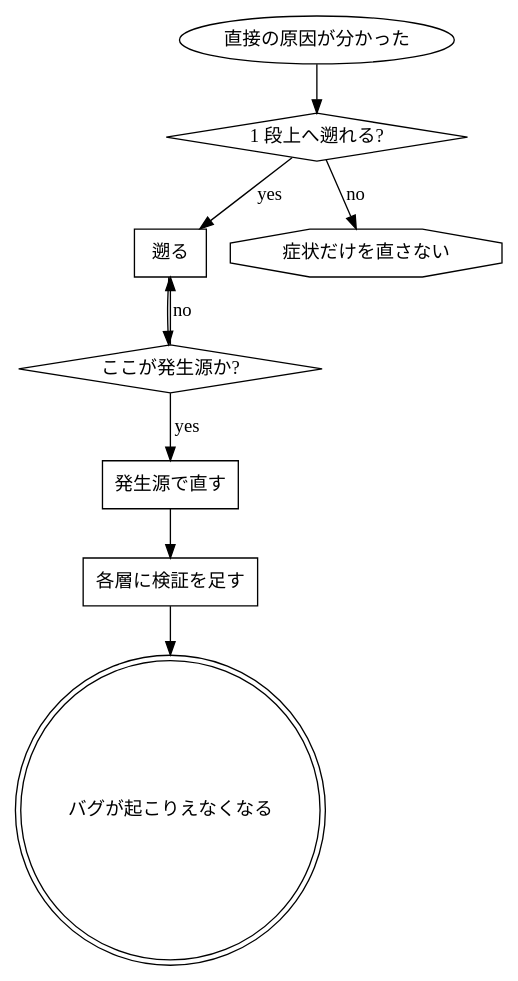
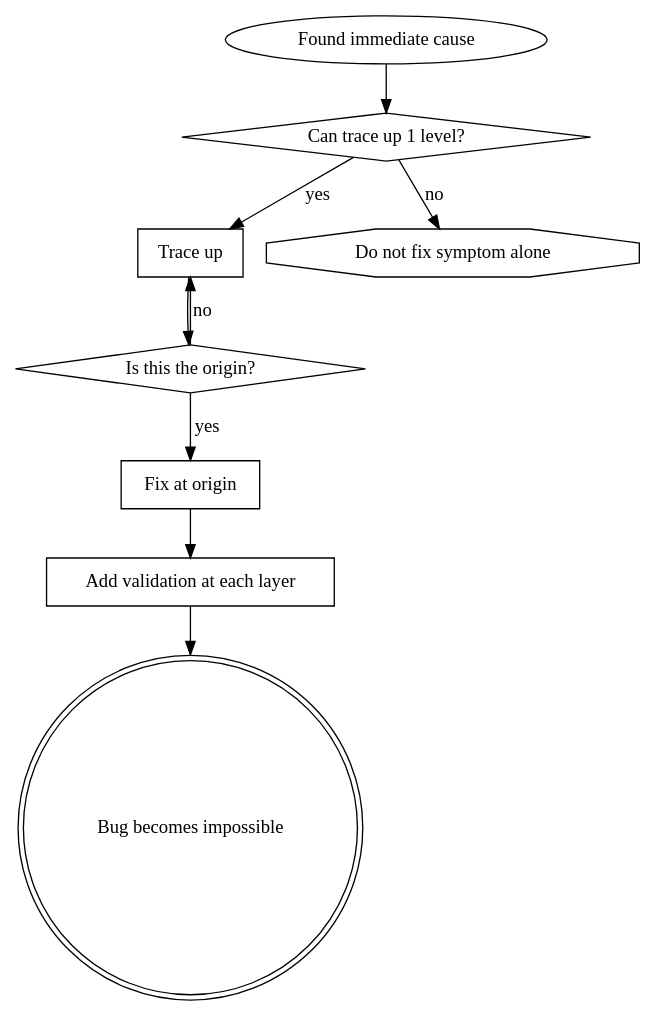
Before and after one commit to cellfusion/dotfiles: the second of 2 diagrams in private_dot_agents/skills/systematic-debugging/root-cause-tracing.md, drawn with Graphviz. The commit also changed other lines of this file and 98 other files, not shown here.

````diff
--- a/private_dot_agents/skills/systematic-debugging/root-cause-tracing.md
+++ b/private_dot_agents/skills/systematic-debugging/root-cause-tracing.md
@@ -143,21 +140,21 @@
 ```dot
 digraph principle {
-    "直接の原因が分かった" [shape=ellipse];
-    "1 段上へ遡れる?" [shape=diamond];
-    "遡る" [shape=box];
-    "ここが発生源か?" [shape=diamond];
-    "発生源で直す" [shape=box];
-    "各層に検証を足す" [shape=box];
-    "バグが起こりえなくなる" [shape=doublecircle];
-    "症状だけを直さない" [shape=octagon];
+    "Found immediate cause" [shape=ellipse];
+    "Can trace up 1 level?" [shape=diamond];
+    "Trace up" [shape=box];
+    "Is this the origin?" [shape=diamond];
+    "Fix at origin" [shape=box];
+    "Add validation at each layer" [shape=box];
+    "Bug becomes impossible" [shape=doublecircle];
+    "Do not fix symptom alone" [shape=octagon];
 
-    "直接の原因が分かった" -> "1 段上へ遡れる?";
-    "1 段上へ遡れる?" -> "遡る" [label="yes"];
-    "1 段上へ遡れる?" -> "症状だけを直さない" [label="no"];
-    "遡る" -> "ここが発生源か?";
-    "ここが発生源か?" -> "遡る" [label="no"];
-    "ここが発生源か?" -> "発生源で直す" [label="yes"];
-    "発生源で直す" -> "各層に検証を足す";
-    "各層に検証を足す" -> "バグが起こりえなくなる";
+    "Found immediate cause" -> "Can trace up 1 level?";
+    "Can trace up 1 level?" -> "Trace up" [label="yes"];
+    "Can trace up 1 level?" -> "Do not fix symptom alone" [label="no"];
+    "Trace up" -> "Is this the origin?";
+    "Is this the origin?" -> "Trace up" [label="no"];
+    "Is this the origin?" -> "Fix at origin" [label="yes"];
+    "Fix at origin" -> "Add validation at each layer";
+    "Add validation at each layer" -> "Bug becomes impossible";
 }
 ```
````
